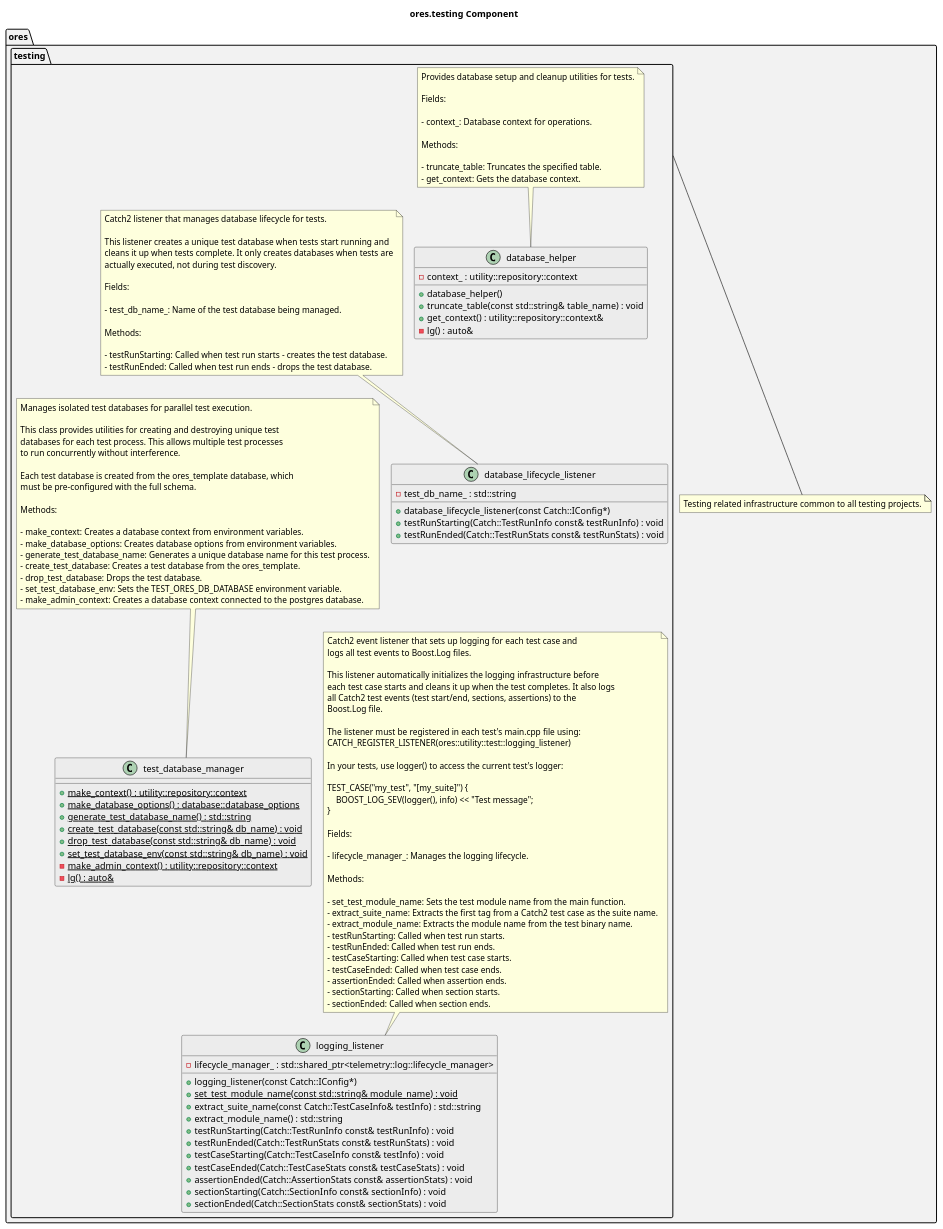
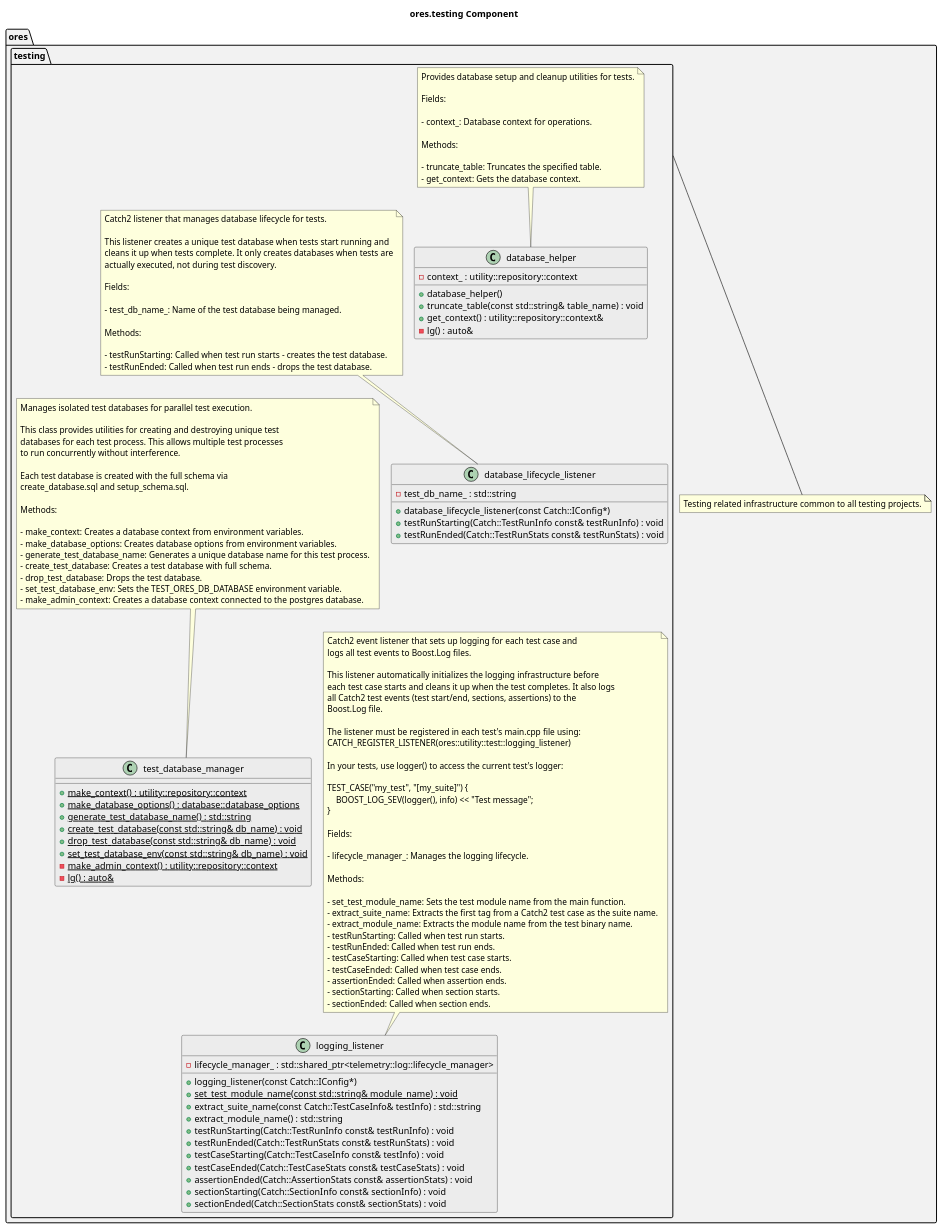
Before and after one commit to OreStudio/OreStudio: the diagram in projects/ores.testing/modeling/ores.testing.puml, drawn with PlantUML. The commit also changed 10 other files, not shown here.

```diff
--- a/projects/ores.testing/modeling/ores.testing.puml
+++ b/projects/ores.testing/modeling/ores.testing.puml
@@ -17,170 +17,170 @@
 @startuml
 !pragma layout smetana
 
 title ores.testing Component
 
 set namespaceSeparator ::
 
 namespace ores #F2F2F2 {
     note "Testing related infrastructure common to all testing projects." as ores_testing_note
     testing --- ores_testing_note
     namespace testing #F2F2F2 {
         '
         ' Layout groupings
         '
 
         ' Group: Database utilities
         together {
             class database_helper
             class database_lifecycle_listener
             class test_database_manager
         }
 
         ' Group: Logging
         together {
             class logging_listener
         }
 
         ' Stack vertically
         database_helper -[hidden]down- database_lifecycle_listener
         database_lifecycle_listener -[hidden]down- test_database_manager
         test_database_manager -[hidden]down- logging_listener
 
         '
         ' Class definitions
         '
 
         class database_helper #ECECEC {
             +database_helper()
             +truncate_table(const std::string& table_name) : void
             +get_context() : utility::repository::context&
             -{method} lg() : auto&
             -{field} context_ : utility::repository::context
         }
 
         note top of database_helper
         Provides database setup and cleanup utilities for tests.
 
         Fields:
 
         - context_: Database context for operations.
 
         Methods:
 
         - truncate_table: Truncates the specified table.
         - get_context: Gets the database context.
         end note
 
         class database_lifecycle_listener #ECECEC {
             +database_lifecycle_listener(const Catch::IConfig*)
             +testRunStarting(Catch::TestRunInfo const& testRunInfo) : void
             +testRunEnded(Catch::TestRunStats const& testRunStats) : void
             -{field} test_db_name_ : std::string
         }
 
         note top of database_lifecycle_listener
         Catch2 listener that manages database lifecycle for tests.
 
         This listener creates a unique test database when tests start running and
         cleans it up when tests complete. It only creates databases when tests are
         actually executed, not during test discovery.
 
         Fields:
 
         - test_db_name_: Name of the test database being managed.
 
         Methods:
 
         - testRunStarting: Called when test run starts - creates the test database.
         - testRunEnded: Called when test run ends - drops the test database.
         end note
 
         class logging_listener #ECECEC {
             +logging_listener(const Catch::IConfig*)
             +{static} set_test_module_name(const std::string& module_name) : void
             +extract_suite_name(const Catch::TestCaseInfo& testInfo) : std::string
             +extract_module_name() : std::string
             +testRunStarting(Catch::TestRunInfo const& testRunInfo) : void
             +testRunEnded(Catch::TestRunStats const& testRunStats) : void
             +testCaseStarting(Catch::TestCaseInfo const& testInfo) : void
             +testCaseEnded(Catch::TestCaseStats const& testCaseStats) : void
             +assertionEnded(Catch::AssertionStats const& assertionStats) : void
             +sectionStarting(Catch::SectionInfo const& sectionInfo) : void
             +sectionEnded(Catch::SectionStats const& sectionStats) : void
             -{field} lifecycle_manager_ : std::shared_ptr<telemetry::log::lifecycle_manager>
         }
 
         note top of logging_listener
         Catch2 event listener that sets up logging for each test case and
         logs all test events to Boost.Log files.
 
         This listener automatically initializes the logging infrastructure before
         each test case starts and cleans it up when the test completes. It also logs
         all Catch2 test events (test start/end, sections, assertions) to the
         Boost.Log file.
 
         The listener must be registered in each test's main.cpp file using:
         CATCH_REGISTER_LISTENER(ores::utility::test::logging_listener)
 
         In your tests, use logger() to access the current test's logger:
 
         TEST_CASE("my_test", "[my_suite]") {
             BOOST_LOG_SEV(logger(), info) << "Test message";
         }
 
         Fields:
 
         - lifecycle_manager_: Manages the logging lifecycle.
 
         Methods:
 
         - set_test_module_name: Sets the test module name from the main function.
         - extract_suite_name: Extracts the first tag from a Catch2 test case as the suite name.
         - extract_module_name: Extracts the module name from the test binary name.
         - testRunStarting: Called when test run starts.
         - testRunEnded: Called when test run ends.
         - testCaseStarting: Called when test case starts.
         - testCaseEnded: Called when test case ends.
         - assertionEnded: Called when assertion ends.
         - sectionStarting: Called when section starts.
         - sectionEnded: Called when section ends.
         end note
 
         class test_database_manager #ECECEC {
             +{static} make_context() : utility::repository::context
             +{static} make_database_options() : database::database_options
             +{static} generate_test_database_name() : std::string
             +{static} create_test_database(const std::string& db_name) : void
             +{static} drop_test_database(const std::string& db_name) : void
             +{static} set_test_database_env(const std::string& db_name) : void
             -{static} make_admin_context() : utility::repository::context
             -{static} lg() : auto&
         }
 
         note top of test_database_manager
         Manages isolated test databases for parallel test execution.
 
         This class provides utilities for creating and destroying unique test
         databases for each test process. This allows multiple test processes
         to run concurrently without interference.
 
-        Each test database is created from the ores_template database, which
-        must be pre-configured with the full schema.
+        Each test database is created with the full schema via
+        create_database.sql and setup_schema.sql.
 
         Methods:
 
         - make_context: Creates a database context from environment variables.
         - make_database_options: Creates database options from environment variables.
         - generate_test_database_name: Generates a unique database name for this test process.
-        - create_test_database: Creates a test database from the ores_template.
+        - create_test_database: Creates a test database with full schema.
         - drop_test_database: Drops the test database.
         - set_test_database_env: Sets the TEST_ORES_DB_DATABASE environment variable.
         - make_admin_context: Creates a database context connected to the postgres database.
         end note
     }
 }
 
 ' Local Variables:
 ' compile-command: "java -Djava.awt.headless=true -DPLANTUML_SECURITY_PROFILE=UNSECURE -DPLANTUML_LIMIT_SIZE=65535 -jar /usr/share/plantuml/plantuml.jar ores.testing.puml"
 ' End:
 @enduml
```
